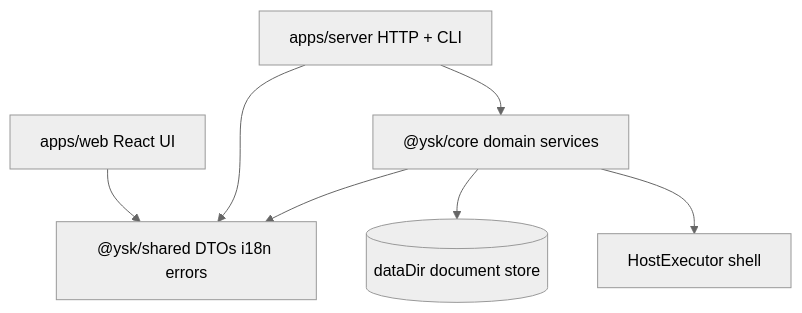
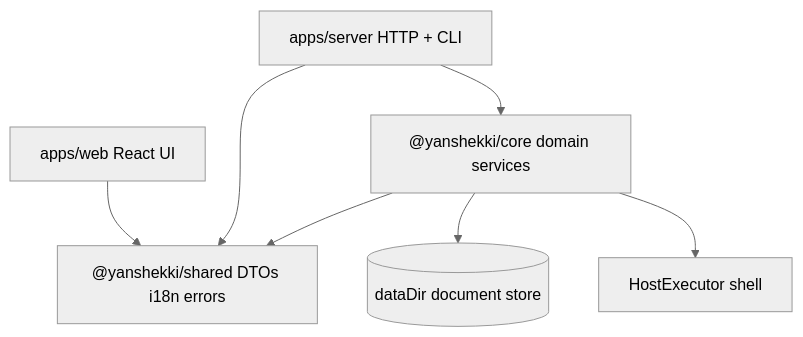
One commit to yanshekki/ysk-server changed the diagram in docs/architecture/overview.md. Above: the diagram before and after it, drawn with Mermaid (neutral theme). The commit also changed other lines of this file and 623 other files, not shown here.

First line of the commit message:
chore(npm): publish as unscoped ysk-server under yanshekki

````diff
--- a/docs/architecture/overview.md
+++ b/docs/architecture/overview.md
@@ -14,16 +14,16 @@
 ```mermaid
 flowchart TB
   Web[apps/web React UI]
   Server[apps/server HTTP + CLI]
-  Shared["@ysk/shared DTOs i18n errors"]
-  Core["@ysk/core domain services"]
+  Shared["@yanshekki/shared DTOs i18n errors"]
+  Core["@yanshekki/core domain services"]
   Store[(dataDir document store)]
   Host[HostExecutor shell]
 
   Web --> Shared
   Server --> Shared
   Server --> Core
   Core --> Shared
   Core --> Store
   Core --> Host
 ```
````
